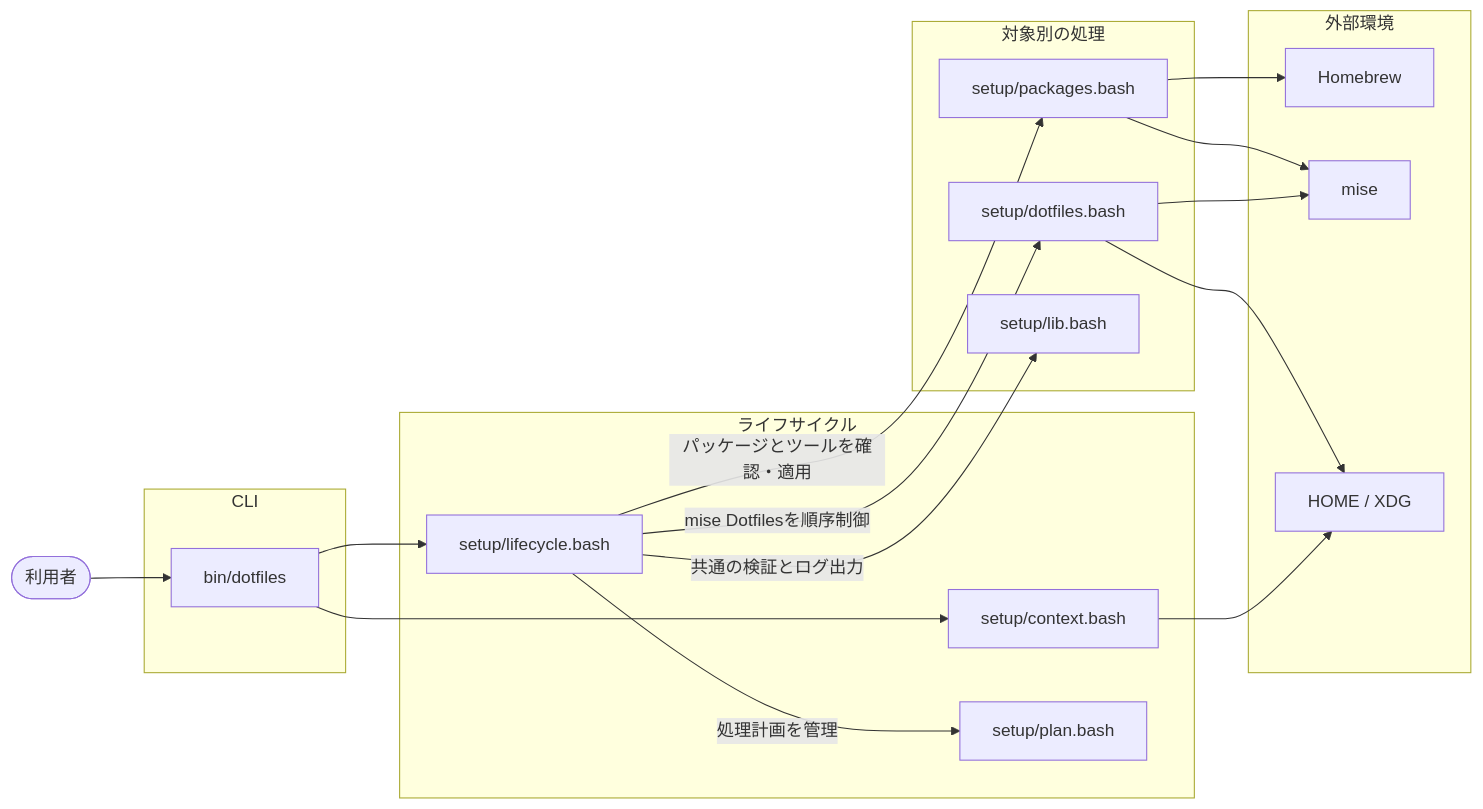
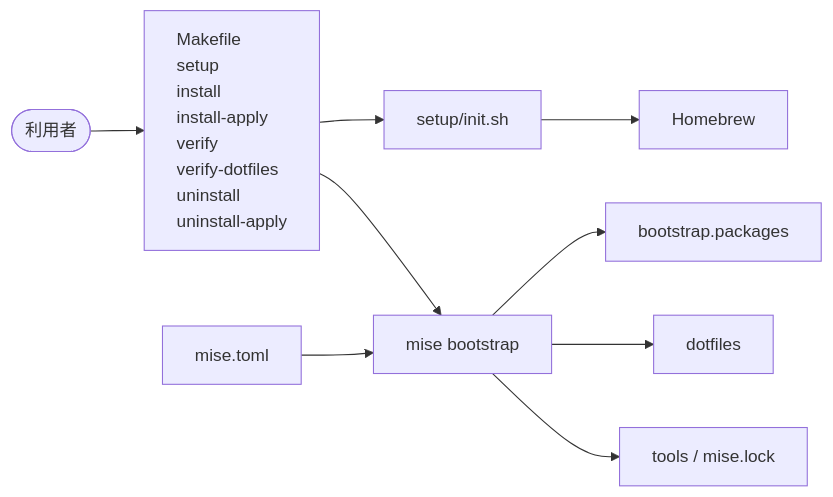
One commit to gkzz/dotfiles changed the diagram in docs/ARCHITECTURE.md. Above: the diagram before and after it, drawn with Mermaid. The commit also changed other lines of this file and 42 other files, not shown here.

First line of the commit message:
refactor: mise bootstrap migration (#26)

````diff
--- a/docs/ARCHITECTURE.md
+++ b/docs/ARCHITECTURE.md
@@ -7,39 +5,12 @@
 ```mermaid
+%%{init: {"flowchart": {"htmlLabels": true}}}%%
 flowchart LR
-    user([利用者])
-
-    subgraph cli[CLI]
-        command[bin/dotfiles]
-    end
-
-    subgraph core[ライフサイクル]
-        lifecycle[setup/lifecycle.bash]
-        context[setup/context.bash]
-        plan[setup/plan.bash]
-    end
-
-    subgraph adapters[対象別の処理]
-        packages[setup/packages.bash]
-        dotfiles[setup/dotfiles.bash]
-        lib[setup/lib.bash]
-    end
-
-    subgraph external[外部環境]
-        brew[Homebrew]
-        mise[mise]
-        home[HOME / XDG]
-    end
-
-    user --> command
-    command --> context
-    command --> lifecycle
-    lifecycle -->|処理計画を管理| plan
-    lifecycle -->|パッケージとツールを確認・適用| packages
-    lifecycle -->|mise Dotfilesを順序制御| dotfiles
-    lifecycle -->|共通の検証とログ出力| lib
-    packages --> brew
-    packages --> mise
-    dotfiles --> mise
-    dotfiles --> home
-    context --> home
+    user([利用者]) --> makefile["<div style='text-align: left'>Makefile<br/>setup<br/>install<br/>install-apply<br/>verify<br/>verify-dotfiles<br/>uninstall<br/>uninstall-apply</div>"]
+    makefile --> setup[setup/init.sh]
+    setup --> brew[Homebrew]
+    config[mise.toml] --> mise
+    makefile --> mise[mise bootstrap]
+    mise --> packages[bootstrap.packages]
+    mise --> dotfiles[dotfiles]
+    mise --> tools[tools / mise.lock]
 ```
````
